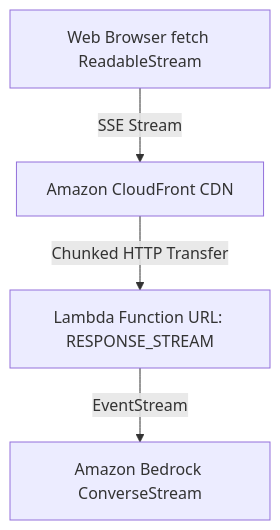
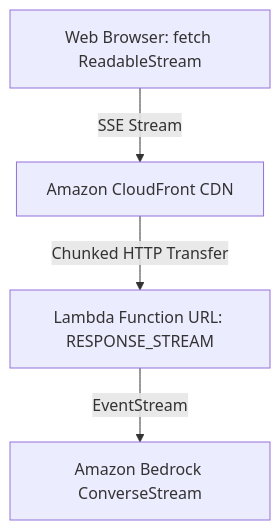
Before and after one commit to sharma-the-karma/serverless-bedrock-token-streaming: the diagram in blog/serverless-bedrock-token-streaming.md, drawn with Mermaid. The commit also changed other lines of this file and 7 other files, not shown here.

Commit message:
fix: technical accuracy overhaul - fix python asyncio stream blocking, scope IAM/auth, update API Gateway comparison and CloudFront policy ID, remove GIF from codebase

````diff
--- a/blog/serverless-bedrock-token-streaming.md
+++ b/blog/serverless-bedrock-token-streaming.md
@@ -60,6 +30,6 @@
 ```mermaid
 flowchart TD
-    Client[Web Browser fetch ReadableStream] -->|SSE Stream| CF[Amazon CloudFront CDN]
+    Client[Web Browser: fetch ReadableStream] -->|SSE Stream| CF[Amazon CloudFront CDN]
     CF -->|Chunked HTTP Transfer| FURL[Lambda Function URL: RESPONSE_STREAM]
     FURL -->|EventStream| Bedrock[Amazon Bedrock ConverseStream]
 ```
````
